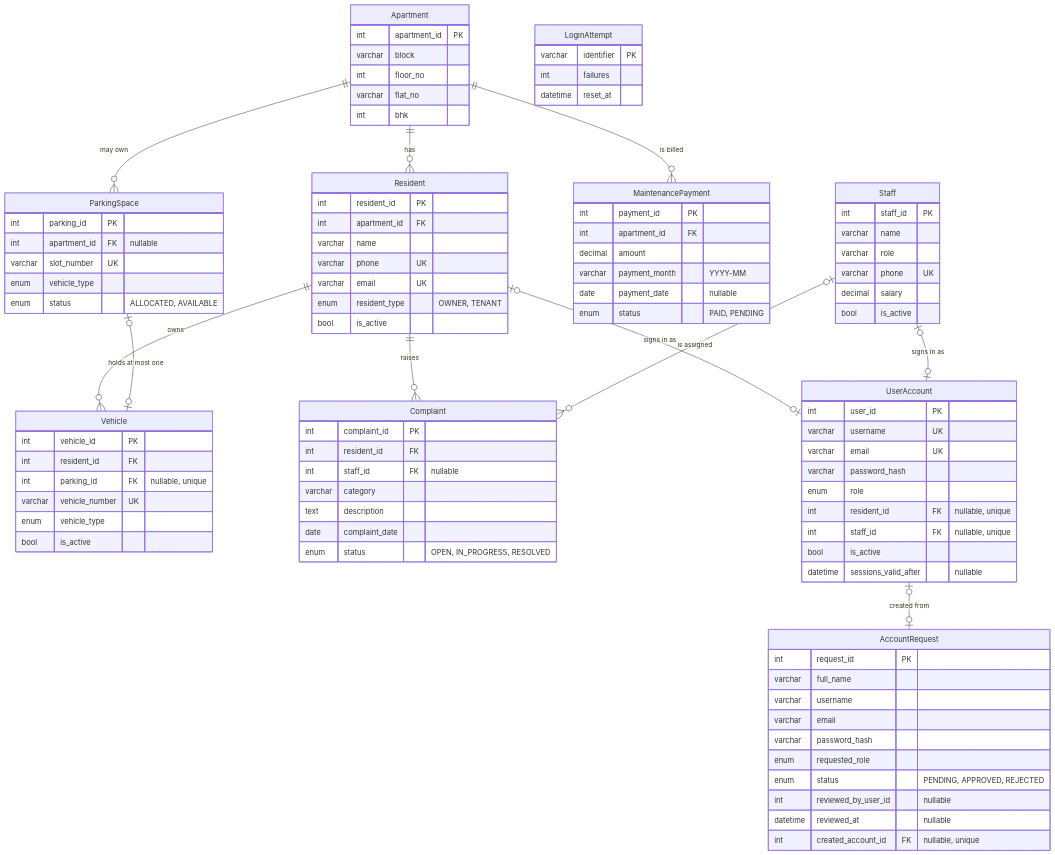
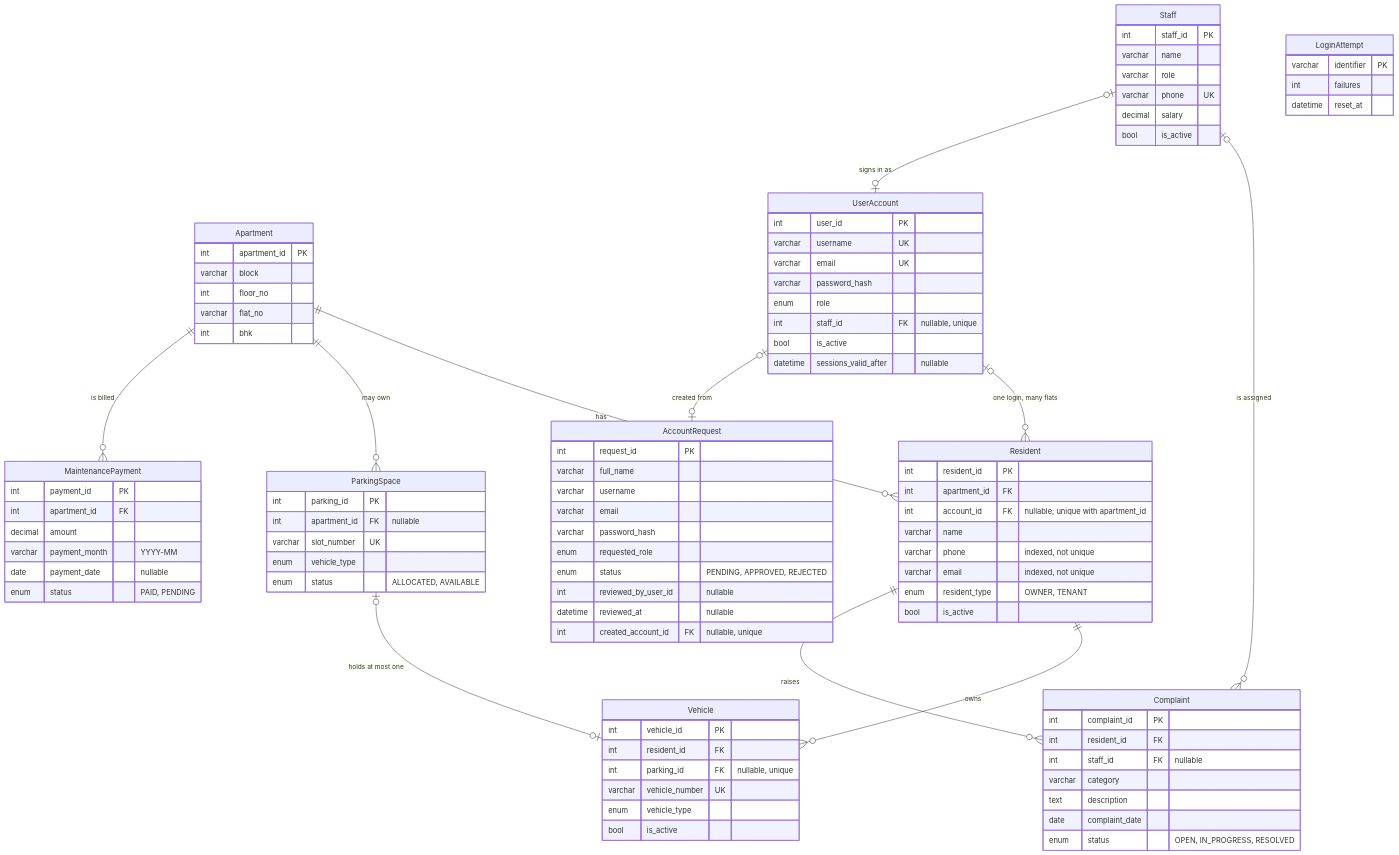
Before and after one commit to AhidwishJavali/Apartment-society-management: the diagram in docs/ER_DIAGRAM.md, drawn with Mermaid. The commit also changed other lines of this file and 40 other files, not shown here.

First line of the commit message:
Edge-case audit: one person with several flats, move-out and staff cleanup

```diff
--- a/docs/ER_DIAGRAM.md
+++ b/docs/ER_DIAGRAM.md
@@ -13,7 +13,7 @@
     Resident ||--o{ Complaint : "raises"
     Staff |o--o{ Complaint : "is assigned"
     ParkingSpace |o--o| Vehicle : "holds at most one"
-    Resident |o--o| UserAccount : "signs in as"
+    UserAccount |o--o{ Resident : "one login, many flats"
     Staff |o--o| UserAccount : "signs in as"
     UserAccount |o--o| AccountRequest : "created from"
 
@@ -27,9 +27,10 @@
     Resident {
         int resident_id PK
         int apartment_id FK
+        int account_id FK "nullable; unique with apartment_id"
         varchar name
-        varchar phone UK
-        varchar email UK
+        varchar phone "indexed, not unique"
+        varchar email "indexed, not unique"
         enum resident_type "OWNER, TENANT"
         bool is_active
     }
@@ -96,7 +97,6 @@
         varchar email UK
         varchar password_hash
         enum role
-        int resident_id FK "nullable, unique"
         int staff_id FK "nullable, unique"
         bool is_active
         datetime sessions_valid_after "nullable"
```
